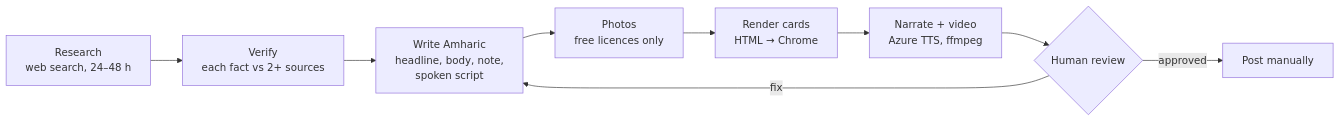
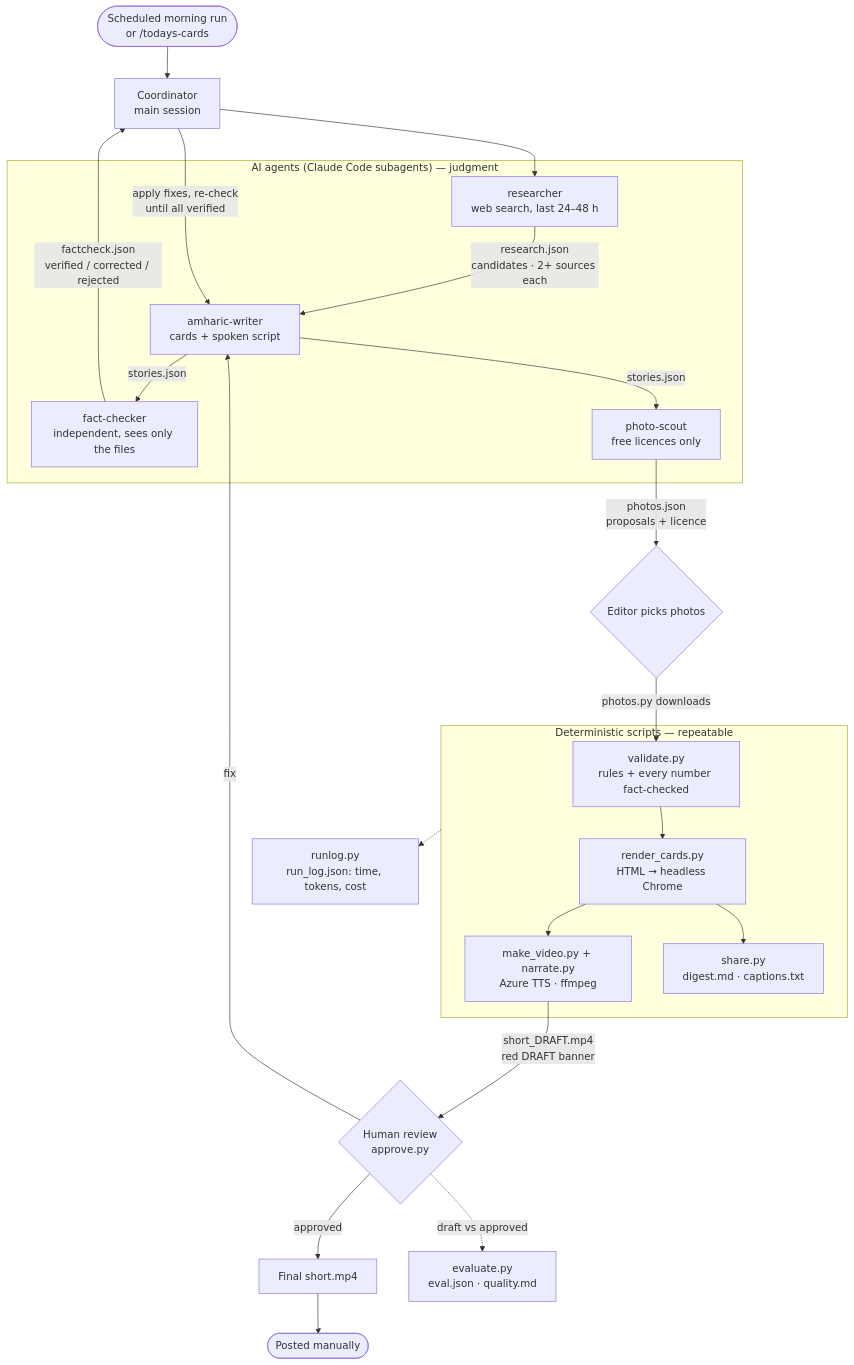
The diagram in README.md (Tseg204/alem-zare-amharic-news), drawn with Mermaid before and after one commit. The commit also changed other lines of this file and 1 other file, not shown here.

Commit message:
Rewrite README as portfolio page: architecture, design decisions (Phase 9.1)

````diff
--- a/README.md
+++ b/README.md
@@ -17,11 +19,35 @@
 ```mermaid
-flowchart LR
-    A[Research<br/>web search, 24–48 h] --> B[Verify<br/>each fact vs 2+ sources]
-    B --> C[Write Amharic<br/>headline, body, note,<br/>spoken script]
-    C --> D[Photos<br/>free licences only]
-    D --> E[Render cards<br/>HTML → Chrome]
-    E --> F[Narrate + video<br/>Azure TTS, ffmpeg]
-    F --> G{Human review}
-    G -->|approved| H[Post manually]
-    G -->|fix| C
+flowchart TB
+    T([Scheduled morning run<br/>or /todays-cards]) --> O
+
+    subgraph Agents["AI agents (Claude Code subagents) — judgment"]
+        R[researcher<br/>web search, last 24–48 h]
+        W[amharic-writer<br/>cards + spoken script]
+        F[fact-checker<br/>independent, sees only the files]
+        P[photo-scout<br/>free licences only]
+    end
+
+    O[Coordinator<br/>main session] --> R
+    R -->|research.json<br/>candidates · 2+ sources each| W
+    W -->|stories.json| F
+    W -->|stories.json| P
+    F -->|factcheck.json<br/>verified / corrected / rejected| O
+    O -->|apply fixes, re-check<br/>until all verified| W
+    P -->|photos.json<br/>proposals + licence| G1{Editor picks photos}
+
+    subgraph Scripts["Deterministic scripts — repeatable"]
+        V[validate.py<br/>rules + every number fact-checked]
+        RC[render_cards.py<br/>HTML → headless Chrome]
+        MV[make_video.py + narrate.py<br/>Azure TTS · ffmpeg]
+        SH[share.py<br/>digest.md · captions.txt]
+    end
+
+    G1 -->|photos.py downloads| V --> RC --> MV
+    RC --> SH
+    MV -->|short_DRAFT.mp4<br/>red DRAFT banner| G2{Human review<br/>approve.py}
+    G2 -->|fix| W
+    G2 -->|approved| FV[Final short.mp4] --> PM([Posted manually])
+
+    G2 -.->|draft vs approved| EV[evaluate.py<br/>eval.json · quality.md]
+    Scripts -.-> RL[runlog.py<br/>run_log.json: time, tokens, cost]
 ```
````
